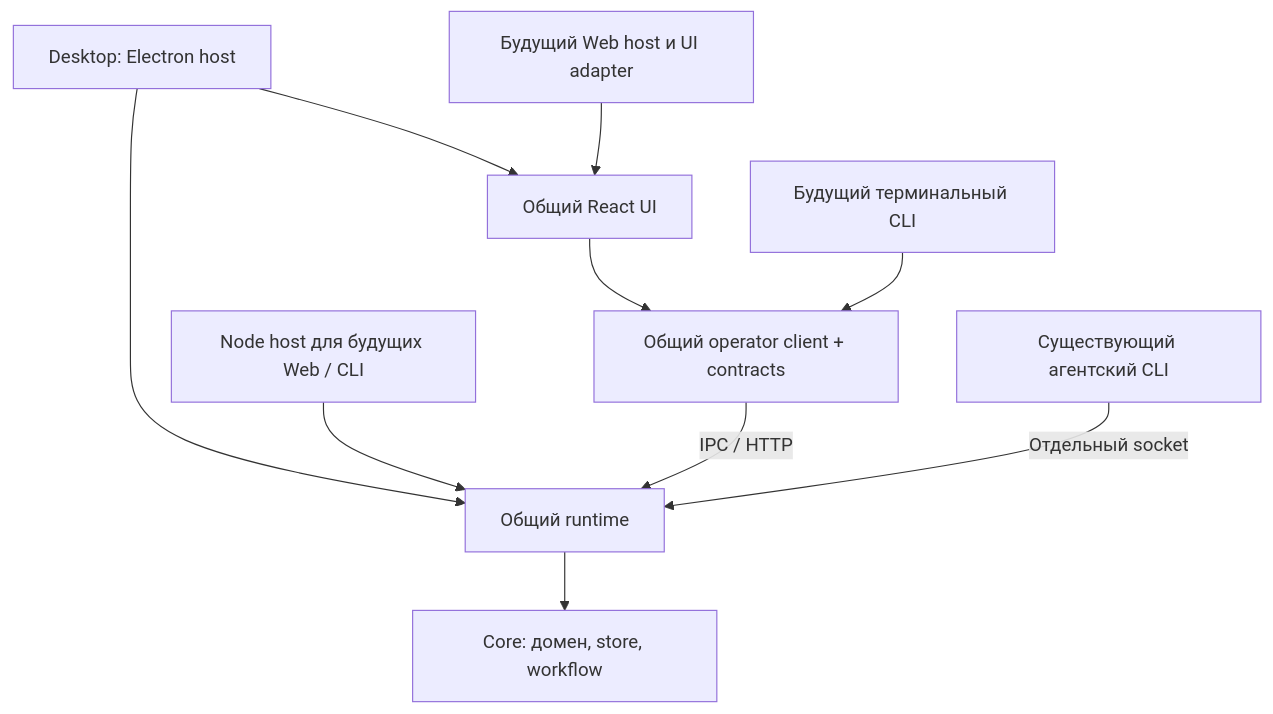
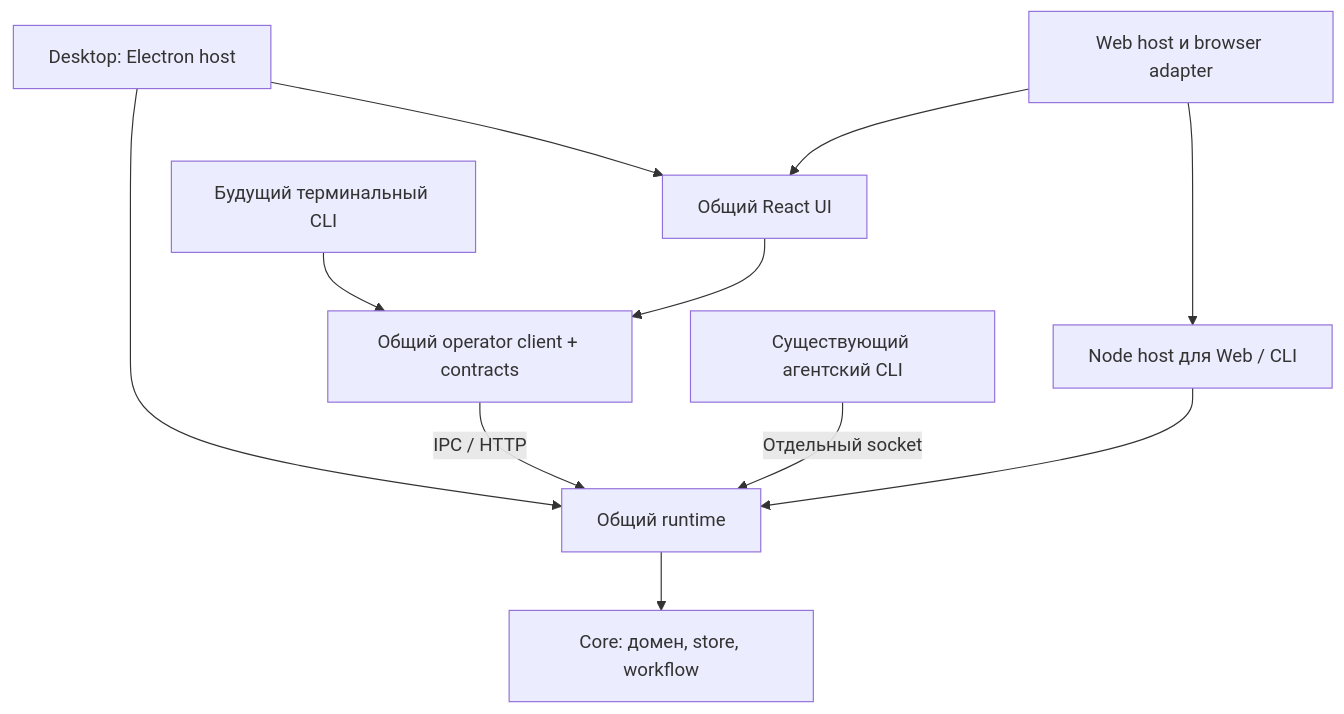
Before and after one commit to NANDIorg/BigOrcaCocks: the diagram in docs/shared-foundation.md, drawn with Mermaid. The commit also changed other lines of this file and 103 other files, not shown here.

````diff
--- a/docs/shared-foundation.md
+++ b/docs/shared-foundation.md
@@ -24,12 +25,13 @@
 ```mermaid
 flowchart TB
     D[Desktop: Electron host] --> R[Общий runtime]
-    H[Node host для будущих Web / CLI] --> R
+    H[Node host для Web / CLI] --> R
     R --> C[Core: домен, store, workflow]
     D --> U[Общий React UI]
-    W[Будущий Web host и UI adapter] --> U
+    W[Web host и browser adapter] --> U
+    W --> H
     U --> K[Общий operator client + contracts]
     T[Будущий терминальный CLI] --> K
     K -->|IPC / HTTP| R
     A[Существующий агентский CLI] -->|Отдельный socket| R
 ```
````
